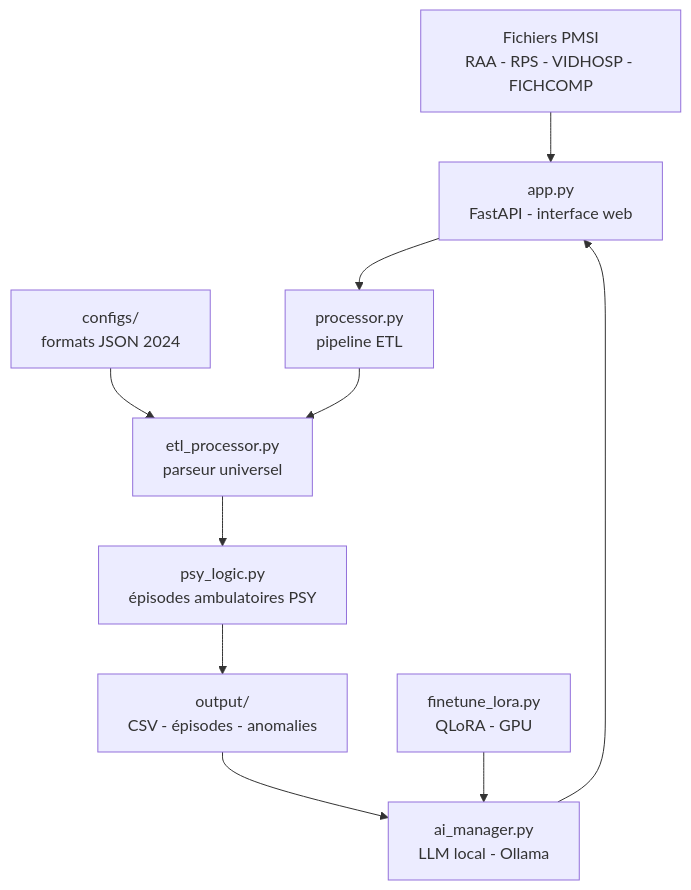
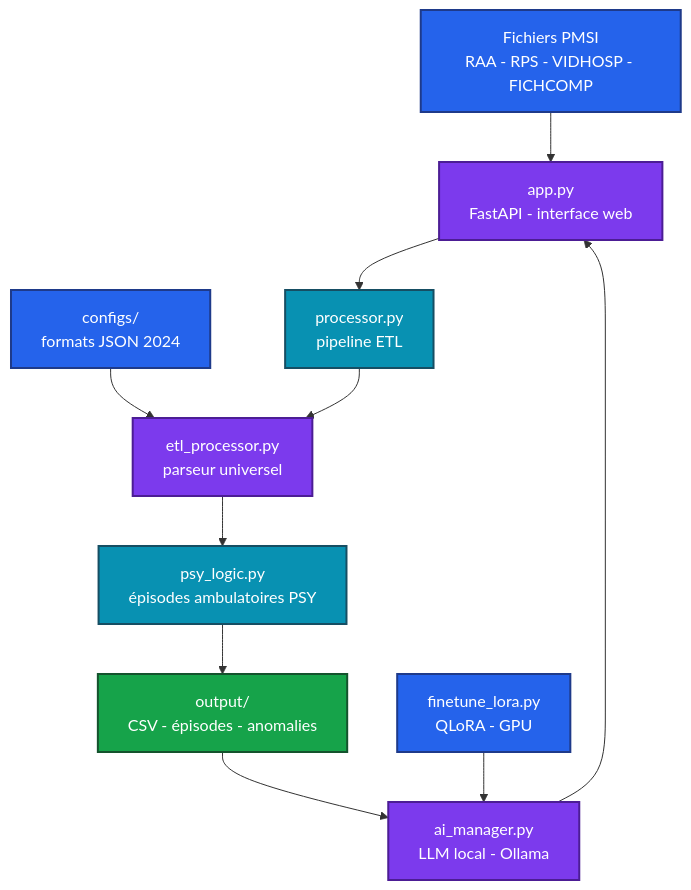
The diagram in README.md (Adam-Blf/dimmoulinette), drawn with Mermaid before and after one commit.

Commit message:
docs: add colors to mermaid diagrams (#4)
Each node gets a palette class (by subgraph or by flow depth), subgraphs are tinted, non-flowchart diagrams use a colored base theme. Validated by rendering every diagram before and after.

````diff
--- a/README.md
+++ b/README.md
@@ -21,21 +21,30 @@
 ```mermaid
 flowchart TB
     FILES["Fichiers PMSI<br/>RAA - RPS - VIDHOSP - FICHCOMP"]
     APP["app.py<br/>FastAPI - interface web"]
     ETL["etl_processor.py<br/>parseur universel"]
     PROC["processor.py<br/>pipeline ETL"]
     PSY["psy_logic.py<br/>épisodes ambulatoires PSY"]
     CONF["configs/<br/>formats JSON 2024"]
     AI["ai_manager.py<br/>LLM local - Ollama"]
     FT["finetune_lora.py<br/>QLoRA - GPU"]
     OUT["output/<br/>CSV - épisodes - anomalies"]
     FILES --> APP
     APP --> PROC
     CONF --> ETL
     PROC --> ETL
     ETL --> PSY
     PSY --> OUT
     OUT --> AI
     FT --> AI
     AI --> APP
+
+    classDef c0 fill:#2563eb,stroke:#1e3a8a,stroke-width:2px,color:#ffffff
+    classDef c1 fill:#7c3aed,stroke:#4c1d95,stroke-width:2px,color:#ffffff
+    classDef c2 fill:#0891b2,stroke:#164e63,stroke-width:2px,color:#ffffff
+    classDef c3 fill:#16a34a,stroke:#14532d,stroke-width:2px,color:#ffffff
+    class FILES,CONF,FT c0
+    class APP,ETL,AI c1
+    class PROC,PSY c2
+    class OUT c3
 ```
````
